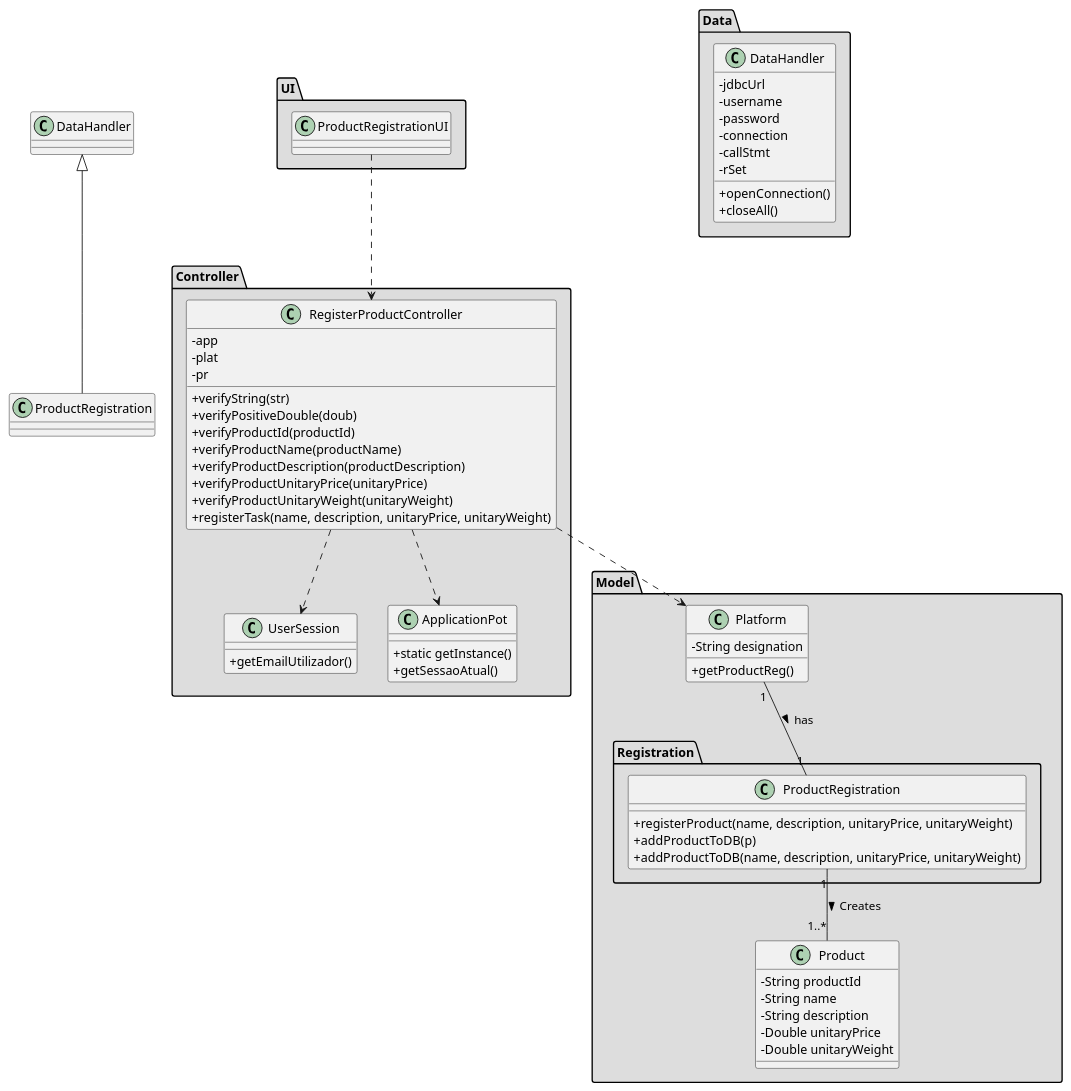
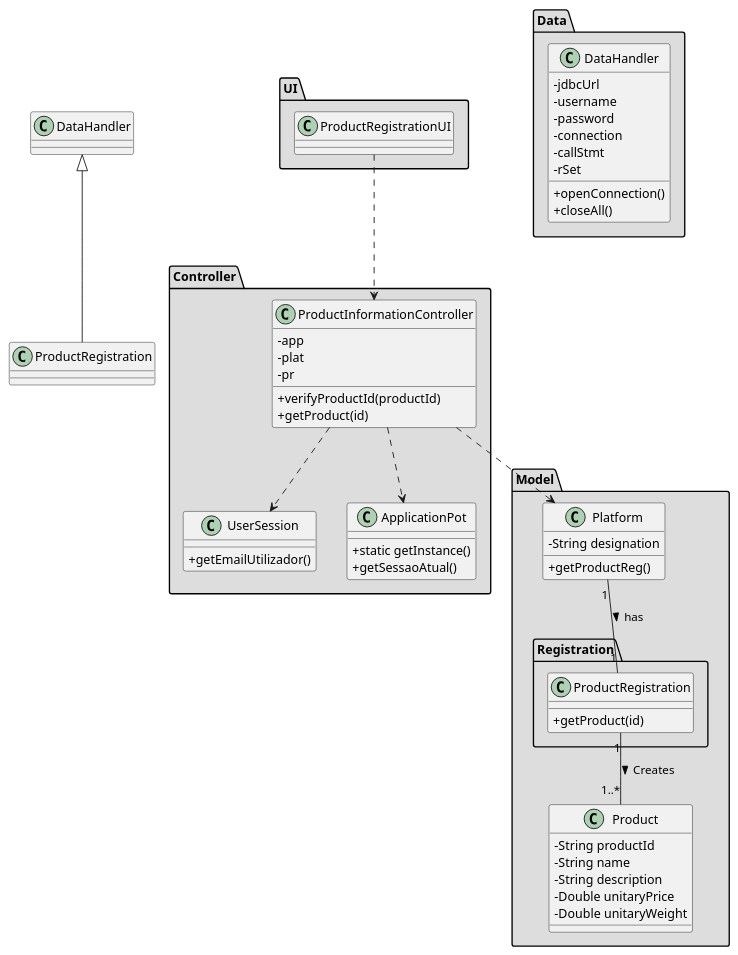
The diagram in docs/Iteration 1/Product Management/US73_ProductInformation/US73_CD.puml (tiagoavcosta25/LAPR3), drawn with PlantUML before and after one commit. The commit also changed 10 other files, not shown here.

Commit message:
LAPR2AP2-73 #close Product Information [Analysis] [Design]

```diff
--- a/docs/Iteration 1/Product Management/US73_ProductInformation/US73_CD.puml
+++ b/docs/Iteration 1/Product Management/US73_ProductInformation/US73_CD.puml
@@ -1,78 +1,70 @@
 @startuml
 skinparam classAttributeIconSize 0
 package "UI" #DDDDDD {
     class ProductRegistrationUI{
     }
 }
 
 package "Controller" #DDDDDD {
-    class RegisterProductController{
+    class ProductInformationController{
         -app
         -plat
         -pr
-        +verifyString(str)
-        +verifyPositiveDouble(doub)
         +verifyProductId(productId)
-        +verifyProductName(productName)
-        +verifyProductDescription(productDescription)
-        +verifyProductUnitaryPrice(unitaryPrice)
-        +verifyProductUnitaryWeight(unitaryWeight)
-        +registerTask(name, description, unitaryPrice, unitaryWeight)
+        +getProduct(id)
     }
 
     class UserSession {
         +getEmailUtilizador()
     }
 
     class ApplicationPot {
         +static getInstance()
         +getSessaoAtual()
     }
 }
 
 package "Model" #DDDDDD {
     class Platform {
         -String designation
         +getProductReg()
     }
 
     class Product{
         -String productId
         -String name
         -String description
         -Double unitaryPrice
         -Double unitaryWeight
     }
 
     package "Registration" #DDDDDD {
         class ProductRegistration{
-            +registerProduct(name, description, unitaryPrice, unitaryWeight)
-            +addProductToDB(p)
-            +addProductToDB(name, description, unitaryPrice, unitaryWeight)
+            +getProduct(id)
         }
     }
 }
 
 
 package "Data" #DDDDDD {
     class DataHandler{
         -jdbcUrl
         -username
         -password
         -connection
         -callStmt
         -rSet
         +openConnection()
         +closeAll()
     }
 }
 
 
-ProductRegistrationUI ..> RegisterProductController
-RegisterProductController ..> Platform
-RegisterProductController ..> ApplicationPot
-RegisterProductController ..> UserSession
+ProductRegistrationUI ..> ProductInformationController
+ProductInformationController ..> Platform
+ProductInformationController ..> ApplicationPot
+ProductInformationController ..> UserSession
 Platform "1" -- "1" ProductRegistration: has >
 ProductRegistration "1" -- "1..*" Product: Creates >
 class ProductRegistration extends DataHandler
 @enduml
```
